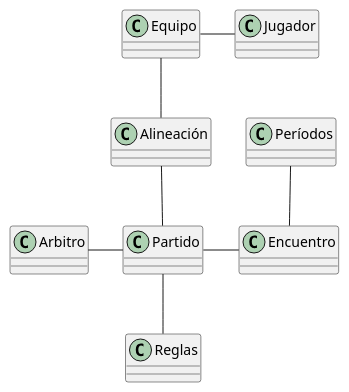
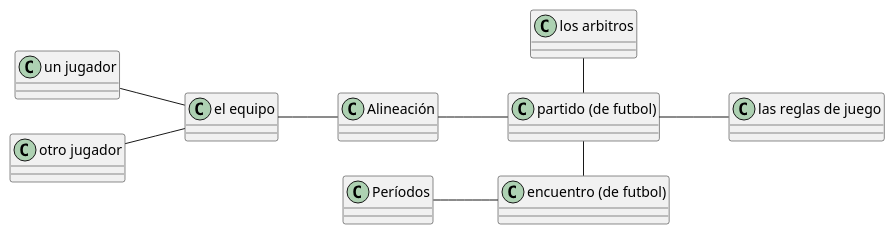
One commit to mmasias/futbol changed the diagram in modelosUML/modeloDelDominio.puml. Above: the diagram before and after it, drawn with PlantUML. The commit also changed 1 other file, not shown here.

```diff
--- a/modelosUML/modeloDelDominio.puml
+++ b/modelosUML/modeloDelDominio.puml
@@ -1,15 +1,26 @@
 @startuml
+
+left to right direction
+
+class "las reglas de juego" as Reglas
+class "partido (de futbol)" as Partido
+class "encuentro (de futbol)" as Encuentro
+class "los arbitros" as Arbitro
+class "el equipo" as Equipo
+class "un jugador" as Jugador
+class "otro jugador" as Jugador2
 
 Partido  -r- Encuentro
 Encuentro -u- Períodos
 
 Partido -d- Reglas
 
 Partido -u- Alineación
 Partido -l- Arbitro
 
 Equipo -- Alineación
 
-Jugador -l- Equipo
+Jugador -- Equipo
+Jugador2 -- Equipo
 
 @enduml
```
